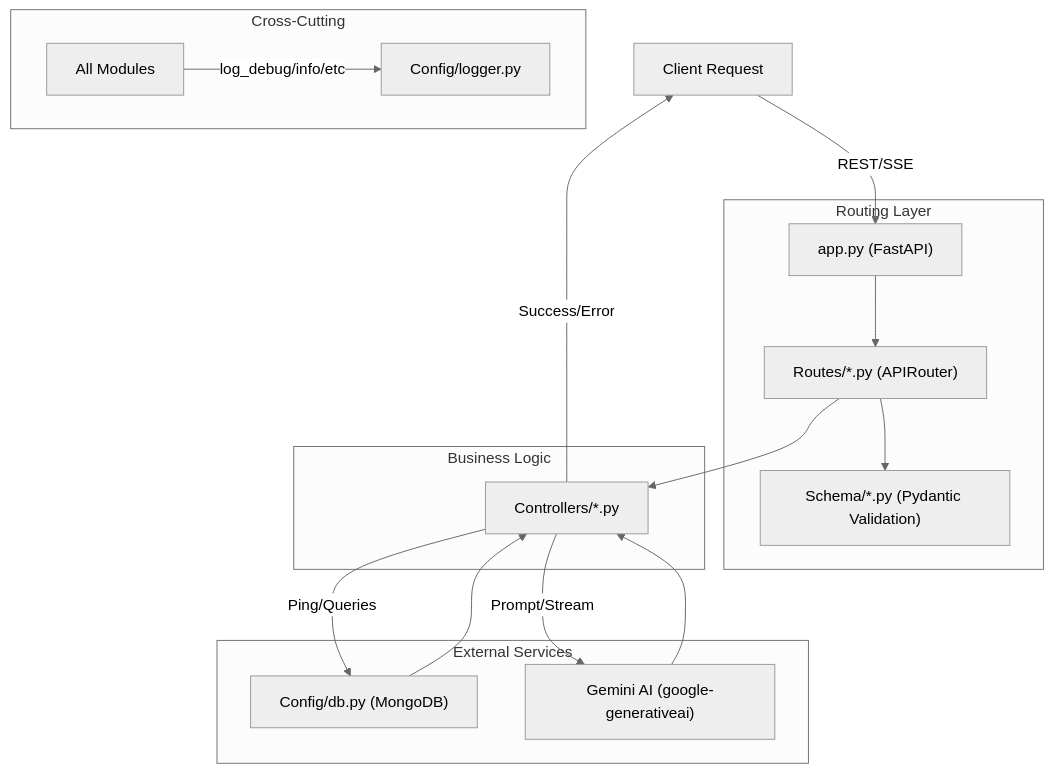
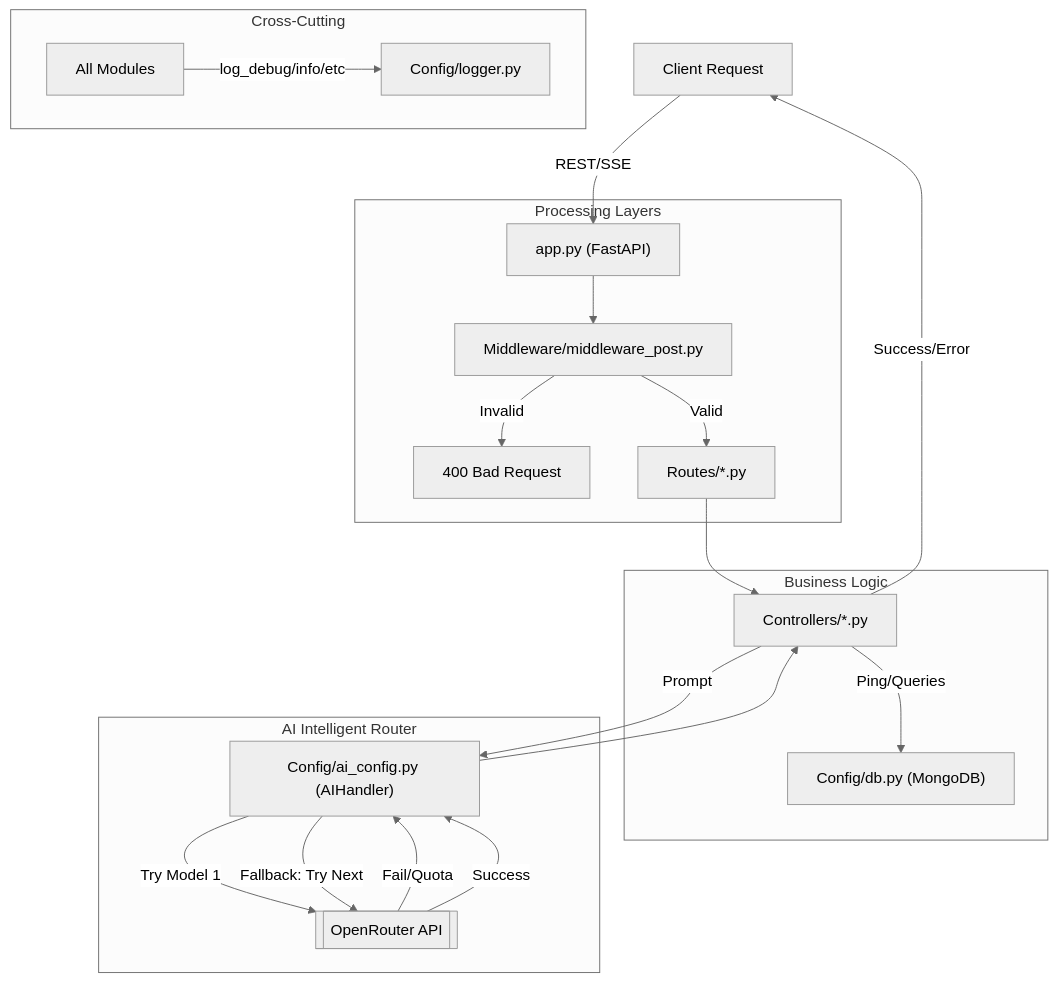
The diagram in Backend/README-BACKEND.md (Bikash-design-lab/ThinkBack), drawn with Mermaid (neutral theme) before and after one commit. The commit also changed other lines of this file and 15 other files, not shown here.

````diff
--- a/Backend/README-BACKEND.md
+++ b/Backend/README-BACKEND.md
@@ -7,26 +7,30 @@
 ```mermaid
 graph TD
     Client[Client Request] -->|REST/SSE| App["app.py (FastAPI)"]
     
-    subgraph Routing [Routing Layer]
-        App --> Routes["Routes/*.py (APIRouter)"]
-        Routes --> Schema["Schema/*.py (Pydantic Validation)"]
+    subgraph Layers [Processing Layers]
+        App --> MW[Middleware/middleware_post.py]
+        MW -->|Invalid| ERR[400 Bad Request]
+        MW -->|Valid| Routes["Routes/*.py"]
     end
 
     subgraph Logic [Business Logic]
         Routes --> Controllers["Controllers/*.py"]
+        Controllers -->|Ping/Queries| DB["Config/db.py (MongoDB)"]
     end
 
-    subgraph Services [External Services]
-        Controllers -->|Ping/Queries| DB["Config/db.py (MongoDB)"]
-        Controllers -->|Prompt/Stream| AI["Gemini AI (google-generativeai)"]
+    subgraph AI_Hub [AI Intelligent Router]
+        Controllers -->|Prompt| Handler["Config/ai_config.py (AIHandler)"]
+        Handler -->|Try Model 1| OR[[OpenRouter API]]
+        OR -->|Fail/Quota| Handler
+        Handler -->|Fallback: Try Next| OR
+        OR -->|Success| Handler
     end
 
     subgraph Logging [Cross-Cutting]
         CODE[All Modules] -->|log_debug/info/etc| LOGGER["Config/logger.py"]
     end
 
-    DB --> Controllers
-    AI --> Controllers
+    Handler --> Controllers
     Controllers -->|Success/Error| Client
 ```
````
